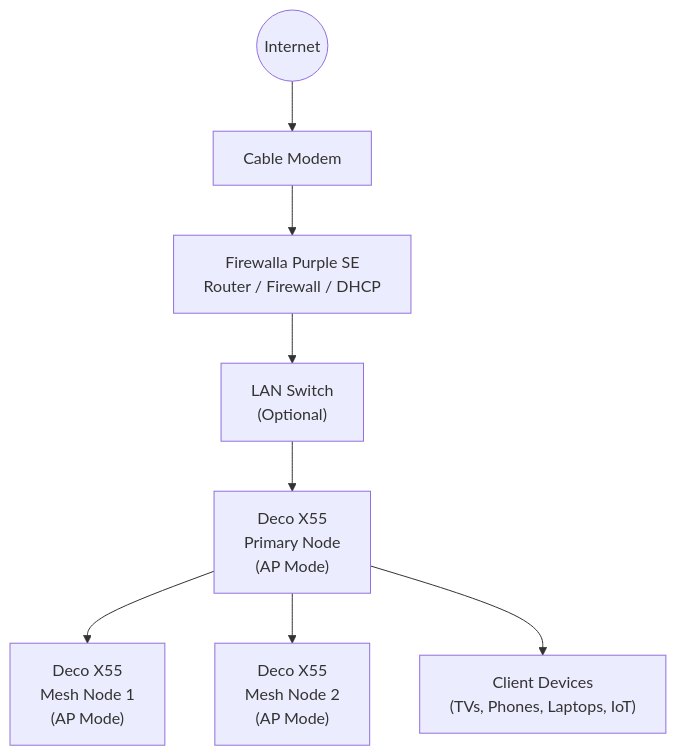
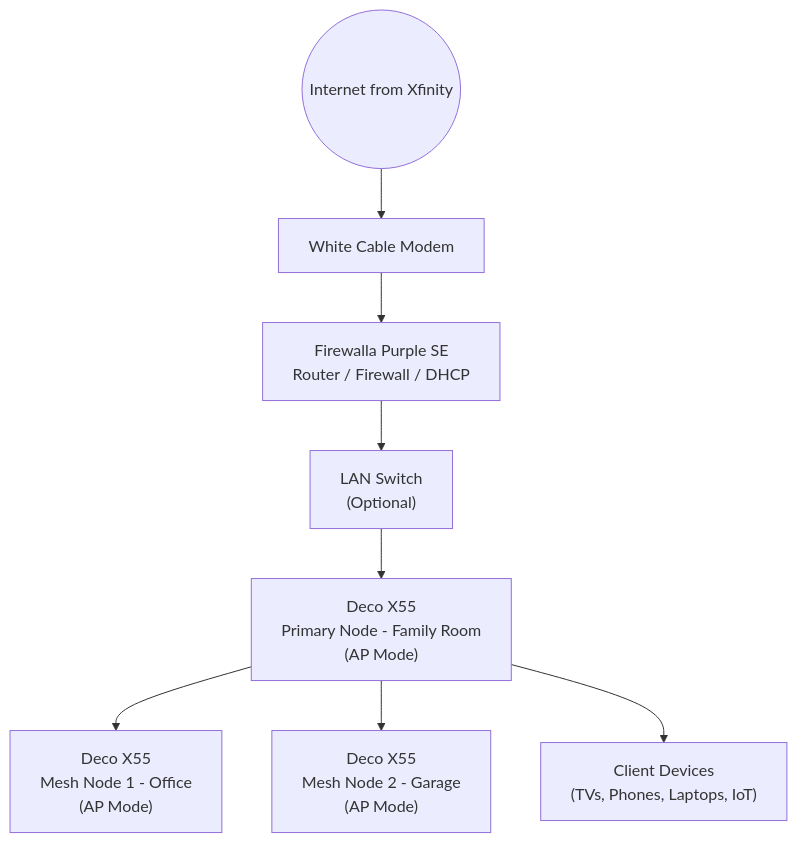
The diagram in home-network.md (bradschauf/home-technology), drawn with Mermaid before and after one commit.

````diff
--- a/home-network.md
+++ b/home-network.md
@@ -3,16 +3,16 @@
 ```mermaid
 flowchart TB
-    Internet((Internet))
-    Modem[Cable Modem]
+    Internet((Internet from Xfinity))
+    Modem[White Cable Modem]
     Firewalla["Firewalla Purple SE<br/>Router / Firewall / DHCP"]
     Switch["LAN Switch<br/>(Optional)"]
-    DecoMain["Deco X55<br/>Primary Node<br/>(AP Mode)"]
-    DecoNode1["Deco X55<br/>Mesh Node 1<br/>(AP Mode)"]
-    DecoNode2["Deco X55<br/>Mesh Node 2<br/>(AP Mode)"]
+    DecoMain["Deco X55<br/>Primary Node - Family Room<br/>(AP Mode)"]
+    DecoNode1["Deco X55<br/>Mesh Node 1 - Office<br/>(AP Mode)"]
+    DecoNode2["Deco X55<br/>Mesh Node 2 - Garage<br/>(AP Mode)"]
     Clients["Client Devices<br/>(TVs, Phones, Laptops, IoT)"]
 
     Internet --> Modem --> Firewalla --> Switch --> DecoMain
     DecoMain --> DecoNode1
     DecoMain --> DecoNode2
     DecoMain --> Clients
 ```
````
